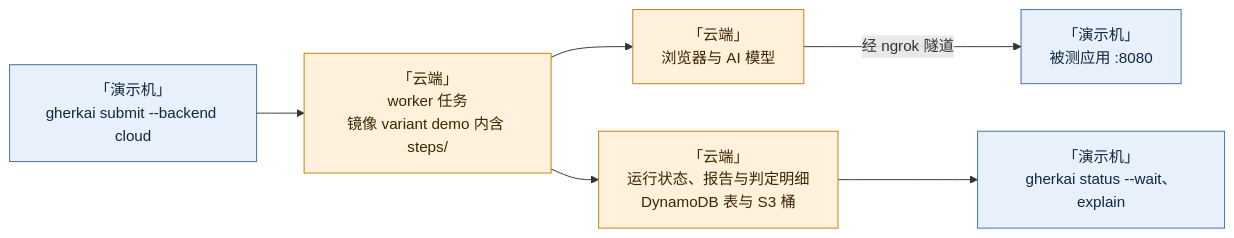
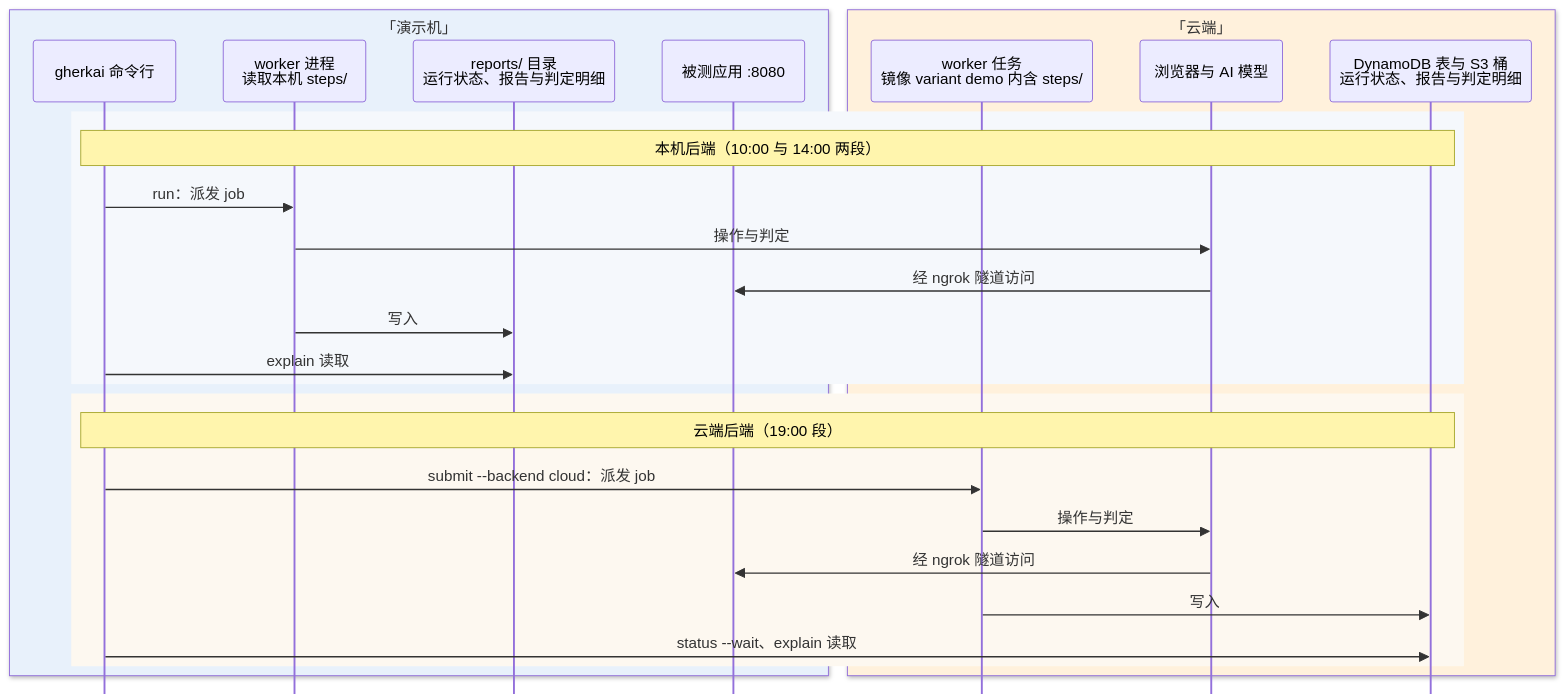
The second of 2 diagrams in docs/demo-runbook.md (zhiyanliu/gherkai-webapp-demo), drawn with Mermaid before and after one commit. The commit also changed other lines of this file, not shown here.

Commit message:
runbook 环境图合并为一张按位置分泳道的时序图：两个泳道框「演示机」「云端」，本机后端与云端后端两段同构的消息序列

````diff
--- a/docs/demo-runbook.md
+++ b/docs/demo-runbook.md
@@ -80,9 +66,31 @@
 ```mermaid
-flowchart LR
-    CLI["「演示机」<br/>gherkai submit --backend cloud"] --> WK["「云端」<br/>worker 任务<br/>镜像 variant demo 内含 steps/"] --> BR["「云端」<br/>浏览器与 AI 模型"] -- "经 ngrok 隧道" --> APP["「演示机」<br/>被测应用 :8080"]
-    WK --> S3["「云端」<br/>运行状态、报告与判定明细<br/>DynamoDB 表与 S3 桶"] --> RD["「演示机」<br/>gherkai status --wait、explain"]
-    classDef local fill:#e8f1fb,stroke:#3b6ea5,color:#0f2740
-    classDef cloud fill:#fff1dc,stroke:#c77d00,color:#3d2600
-    class CLI,APP,RD local
-    class WK,BR,S3 cloud
+%%{init: {"sequence": {"mirrorActors": false}}}%%
+sequenceDiagram
+    box rgb(232,241,251) 「演示机」
+        participant CLI as gherkai 命令行
+        participant W1 as worker 进程<br/>读取本机 steps/
+        participant S1 as reports/ 目录<br/>运行状态、报告与判定明细
+        participant APP as 被测应用 :8080
+    end
+    box rgb(255,241,220) 「云端」
+        participant W2 as worker 任务<br/>镜像 variant demo 内含 steps/
+        participant BR as 浏览器与 AI 模型
+        participant S2 as DynamoDB 表与 S3 桶<br/>运行状态、报告与判定明细
+    end
+    rect rgb(245,248,252)
+        Note over CLI,S2: 本机后端（10:00 与 14:00 两段）
+        CLI->>W1: run：派发 job
+        W1->>BR: 操作与判定
+        BR->>APP: 经 ngrok 隧道访问
+        W1->>S1: 写入
+        CLI->>S1: explain 读取
+    end
+    rect rgb(253,248,240)
+        Note over CLI,S2: 云端后端（19:00 段）
+        CLI->>W2: submit --backend cloud：派发 job
+        W2->>BR: 操作与判定
+        BR->>APP: 经 ngrok 隧道访问
+        W2->>S2: 写入
+        CLI->>S2: status --wait、explain 读取
+    end
 ```
````
